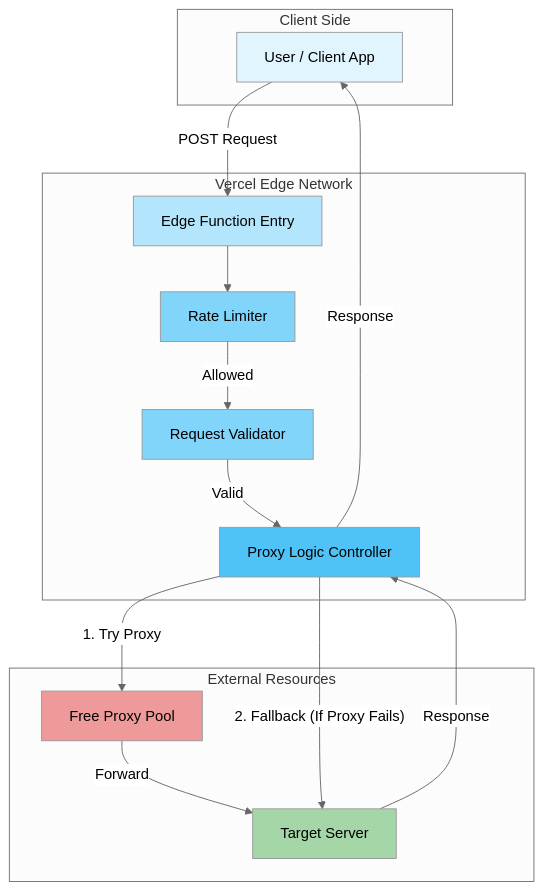
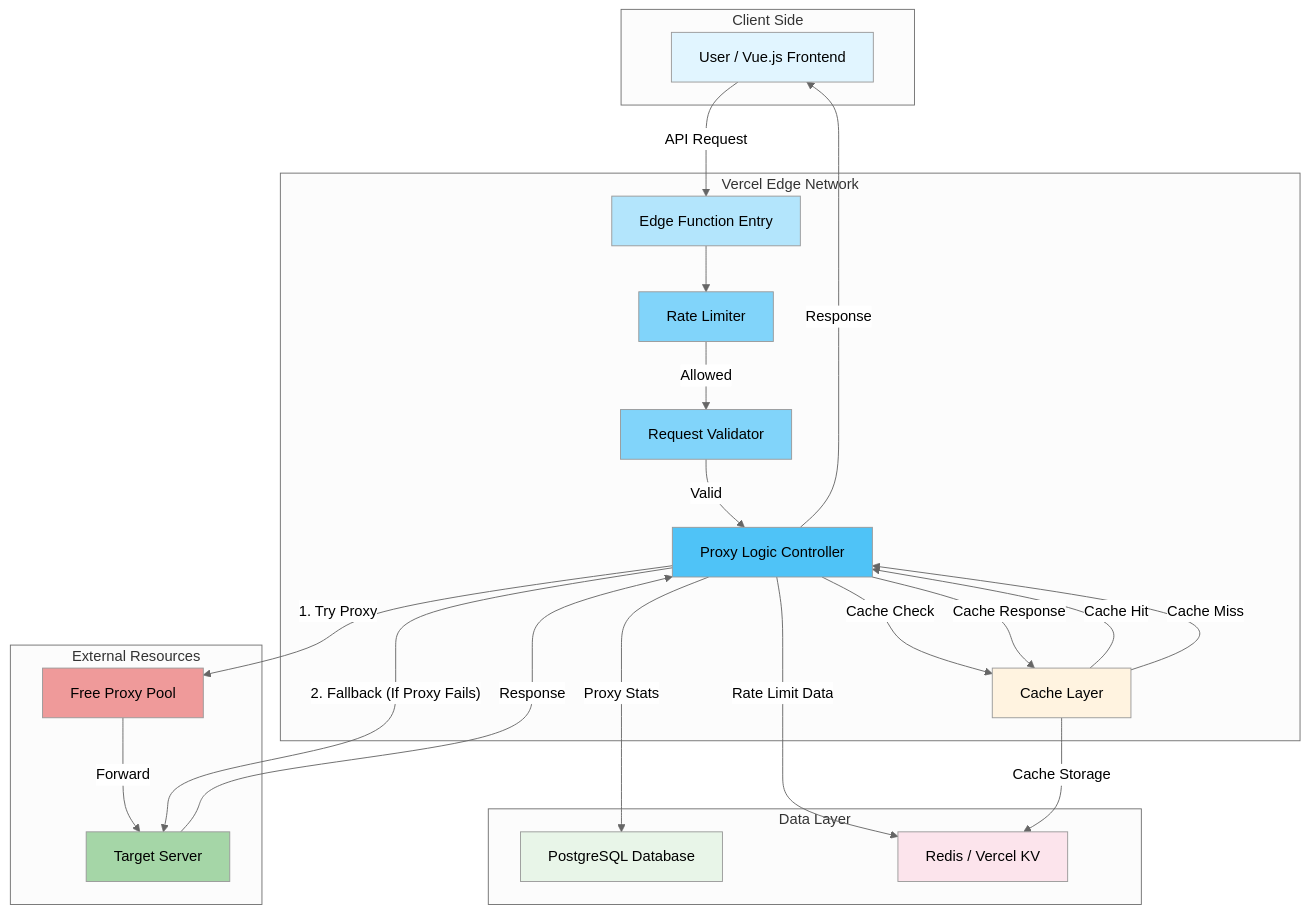
The diagram in docs/ARCHITECTURE.md (Kirky-X/xRelay), drawn with Mermaid (neutral theme) before and after one commit. The commit also changed other lines of this file and 21 other files, not shown here.

````diff
--- a/docs/ARCHITECTURE.md
+++ b/docs/ARCHITECTURE.md
@@ -76,39 +76,57 @@
 ```mermaid
 graph TB
     subgraph "Client Side"
-        A[User / Client App]
+        A[User / Vue.js Frontend]
     end
 
     subgraph "Vercel Edge Network"
         B[Edge Function Entry]
         C[Rate Limiter]
         D[Request Validator]
         E[Proxy Logic Controller]
+        F[Cache Layer]
+    end
+
+    subgraph "Data Layer"
+        G[PostgreSQL Database]
+        H[Redis / Vercel KV]
     end
 
     subgraph "External Resources"
-        F[Free Proxy Pool]
-        G[Target Server]
+        I[Free Proxy Pool]
+        J[Target Server]
     end
 
-    A -- POST Request --> B
+    A -- API Request --> B
     B --> C
     C -- Allowed --> D
     D -- Valid --> E
 
-    E -- 1. Try Proxy --> F
-    F -- Forward --> G
+    E -- Cache Check --> F
+    F -- Cache Hit --> E
+    F -- Cache Miss --> E
 
-    E -- 2. Fallback (If Proxy Fails) --> G
+    E -- Proxy Stats --> G
+    E -- Rate Limit Data --> H
+    F -- Cache Storage --> H
 
-    G -- Response --> E
+    E -- 1. Try Proxy --> I
+    I -- Forward --> J
+
+    E -- 2. Fallback (If Proxy Fails) --> J
+
+    J -- Response --> E
+    E -- Cache Response --> F
     E -- Response --> A
 
     style A fill:#e1f5ff
     style B fill:#b3e5fc
     style C fill:#81d4fa
     style D fill:#81d4fa
     style E fill:#4fc3f7
-    style F fill:#ef9a9a
-    style G fill:#a5d6a7
+    style F fill:#fff3e0
+    style G fill:#e8f5e8
+    style H fill:#fce4ec
+    style I fill:#ef9a9a
+    style J fill:#a5d6a7
 ```
````
